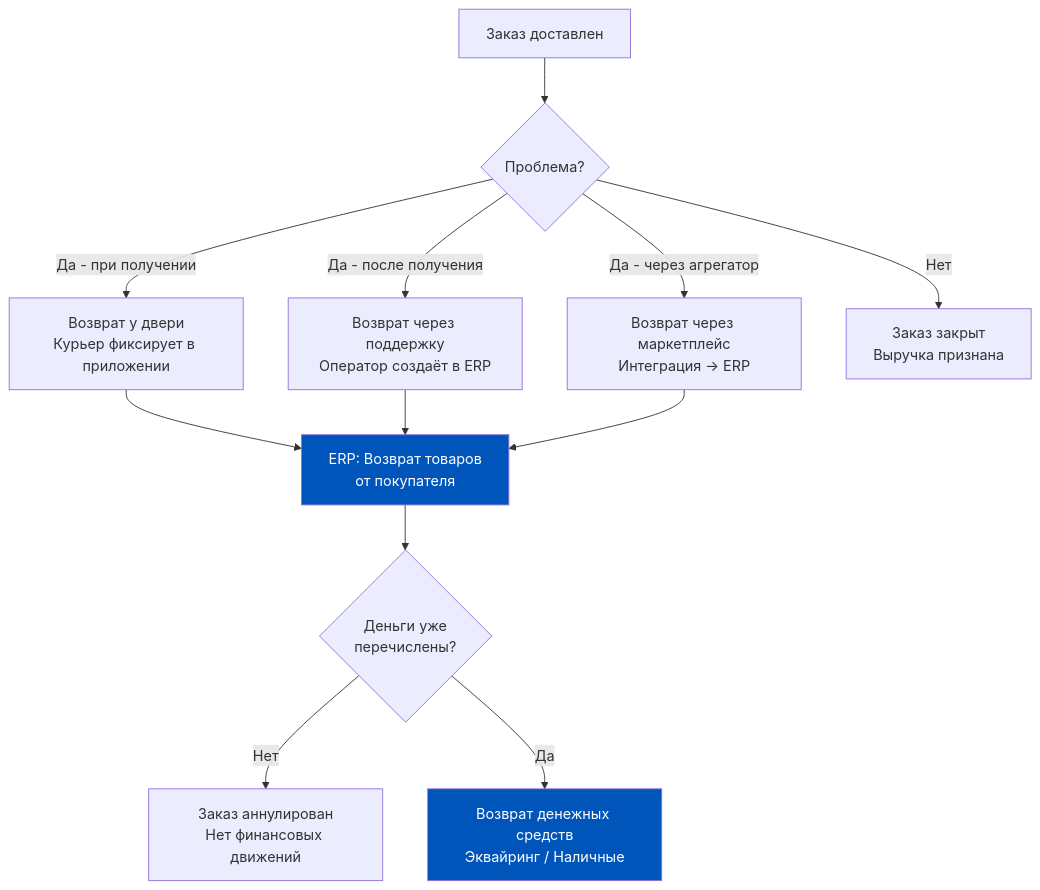
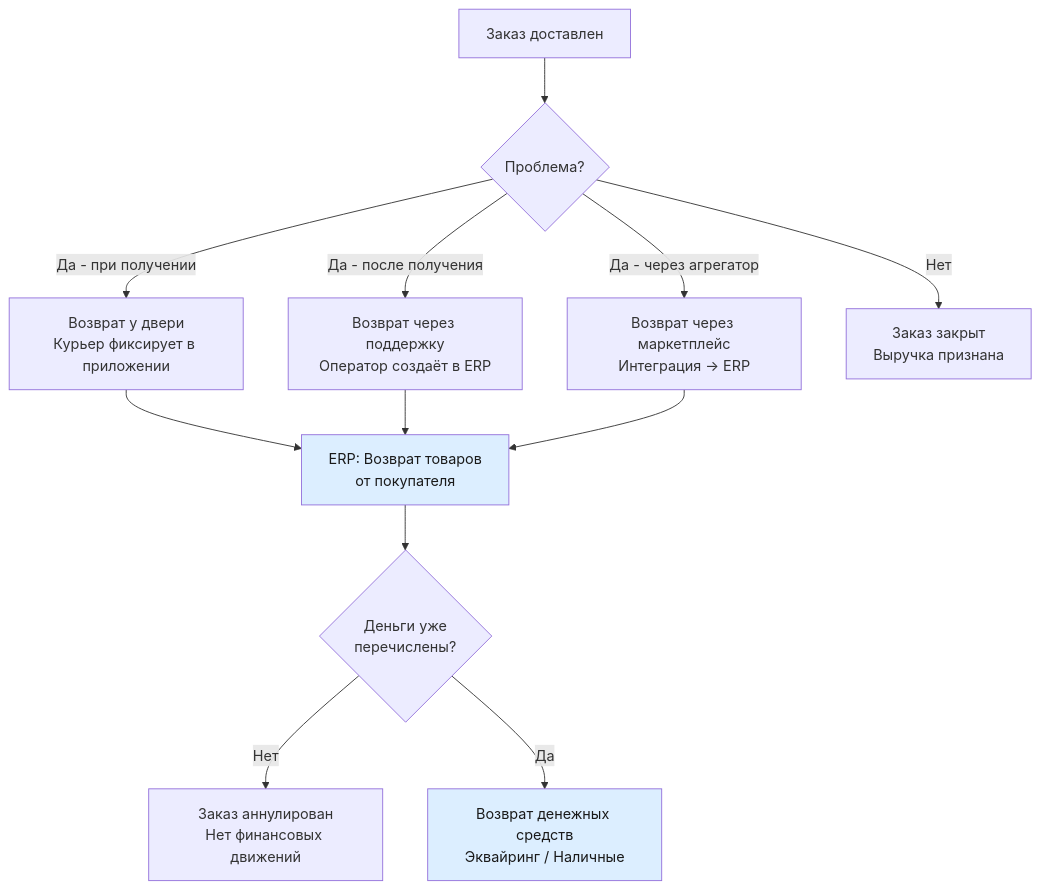
The first of 9 diagrams in content/1c-erp/week_7/Неделя 7 - День 5 - Возвраты от покупателей.md (murad1986/1c-erp-quartz), drawn with Mermaid before and after one commit. The commit also changed other lines of this file and 57 other files, not shown here.

First line of the commit message:
fix: Mermaid — пастельные цвета в источниках диаграмм (56 файлов)

````diff
--- a/content/1c-erp/week_7/Неделя 7 - День 5 - Возвраты от покупателей.md
+++ b/content/1c-erp/week_7/Неделя 7 - День 5 - Возвраты от покупателей.md
@@ -45,17 +45,17 @@
 ```mermaid
 flowchart TD
     A[Заказ доставлен] --> B{Проблема?}
     B -->|Да - при получении| C[Возврат у двери<br/>Курьер фиксирует в приложении]
     B -->|Да - после получения| D[Возврат через поддержку<br/>Оператор создаёт в ERP]
     B -->|Да - через агрегатор| E[Возврат через маркетплейс<br/>Интеграция → ERP]
     B -->|Нет| F[Заказ закрыт<br/>Выручка признана]
     C --> G[ERP: Возврат товаров<br/>от покупателя]
     D --> G
     E --> G
     G --> H{Деньги уже<br/>перечислены?}
     H -->|Нет| I[Заказ аннулирован<br/>Нет финансовых движений]
     H -->|Да| J[Возврат денежных средств<br/>Эквайринг / Наличные]
 
-    style G fill:#0055BB,color:#fff
-    style J fill:#0055BB,color:#fff
+    style G fill:#dceeff,color:#1a1a1a
+    style J fill:#dceeff,color:#1a1a1a
 ```
````
